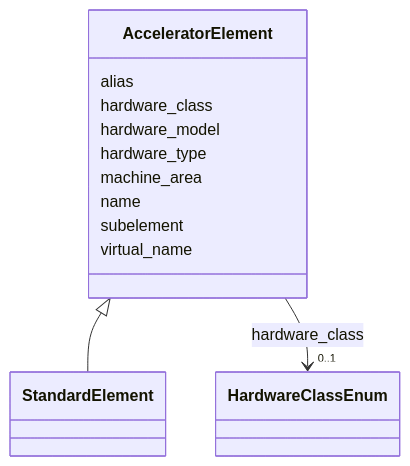
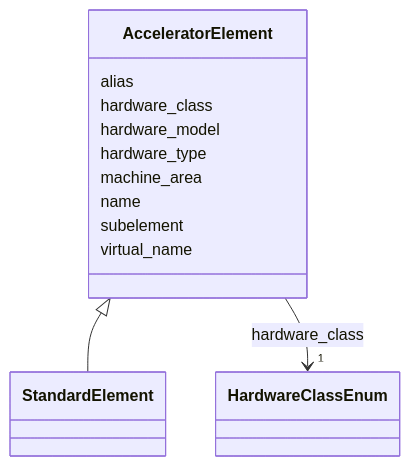
The diagram in docs/source/schema/AcceleratorElement.md (astec-stfc/laura), drawn with Mermaid before and after one commit. The commit also changed other lines of this file and 127 other files, not shown here.

````diff
--- a/docs/source/schema/AcceleratorElement.md
+++ b/docs/source/schema/AcceleratorElement.md
@@ -23,34 +23,34 @@
 ```mermaid
  classDiagram
     class AcceleratorElement
     click AcceleratorElement href "../AcceleratorElement/"
       AcceleratorElement <|-- StandardElement
         click StandardElement href "../StandardElement/"
       
       AcceleratorElement : alias
         
       AcceleratorElement : hardware_class
         
           
     
         
         
-        AcceleratorElement --> "0..1" HardwareClassEnum : hardware_class
+        AcceleratorElement --> "1" HardwareClassEnum : hardware_class
         click HardwareClassEnum href "../HardwareClassEnum/"
     
 
         
       AcceleratorElement : hardware_model
         
       AcceleratorElement : hardware_type
         
       AcceleratorElement : machine_area
         
       AcceleratorElement : name
         
       AcceleratorElement : subelement
         
       AcceleratorElement : virtual_name
         
       
 ```
````
